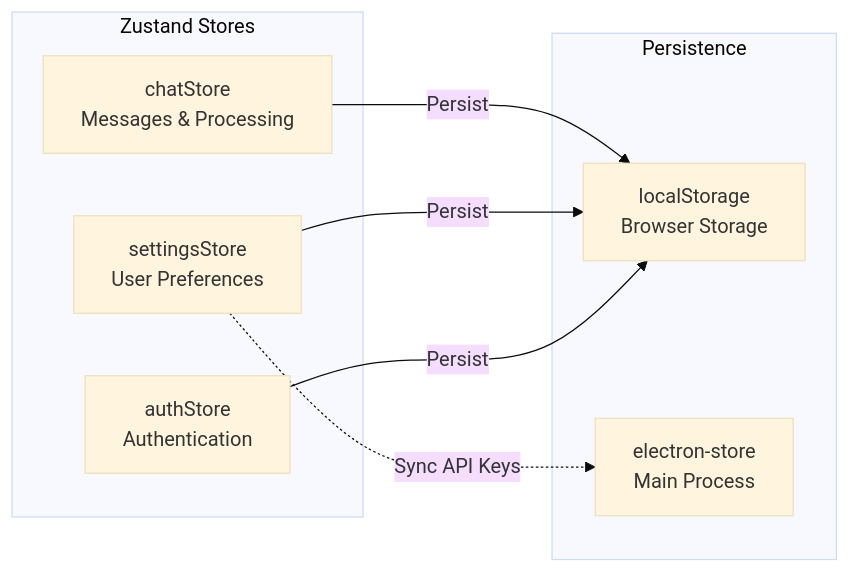
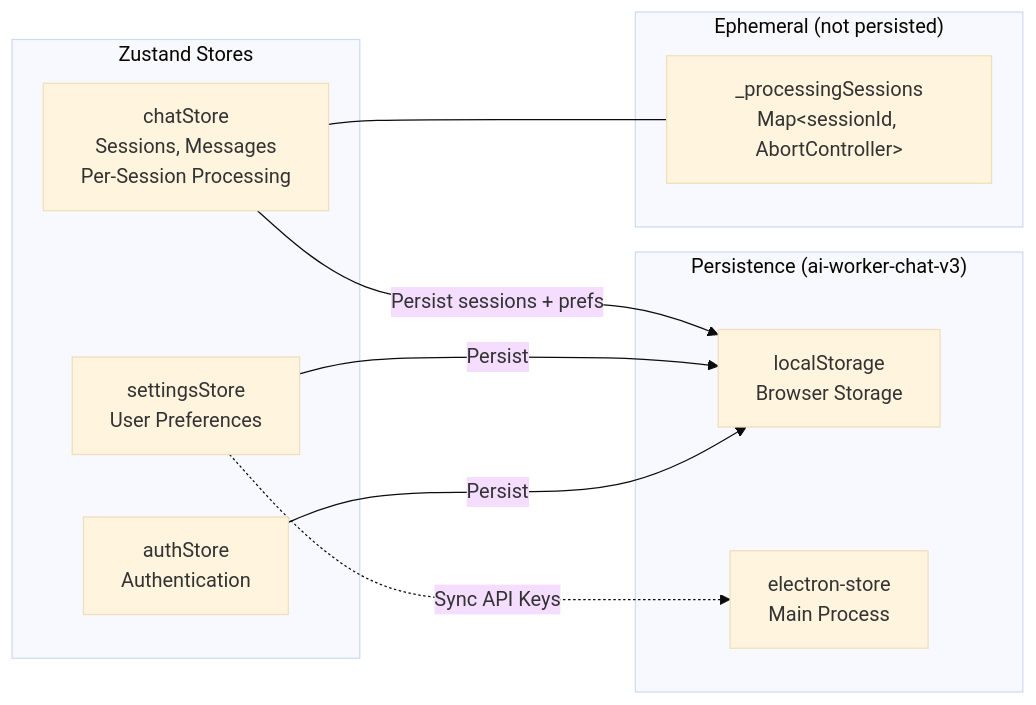
One commit to meharajM/ai-worker.app changed the sixth of 32 diagrams in architecture.md. Above: the diagram before and after it, drawn with Mermaid (base theme). The commit also changed other lines of this file and 5 other files, not shown here.

First line of the commit message:
fix(sessions): per-session processing map — concurrent sessions + abort isolation

````diff
--- a/architecture.md
+++ b/architecture.md
@@ -244,19 +244,24 @@
 ```mermaid
 graph LR
     subgraph "Zustand Stores"
-        ChatStore[chatStore<br/>Messages & Processing]
+        ChatStore["chatStore<br/>Sessions, Messages<br/>Per-Session Processing"]
         SettingsStore[settingsStore<br/>User Preferences]
         AuthStore[authStore<br/>Authentication]
     end
 
-    subgraph "Persistence"
+    subgraph "Persistence (ai-worker-chat-v3)"
         LocalStorage[localStorage<br/>Browser Storage]
         ElectronStore[electron-store<br/>Main Process]
     end
 
-    ChatStore -->|Persist| LocalStorage
+    subgraph "Ephemeral (not persisted)"
+        ProcessingMap["_processingSessions<br/>Map&lt;sessionId, AbortController&gt;"]
+    end
+
+    ChatStore -->|Persist sessions + prefs| LocalStorage
+    ChatStore --- ProcessingMap
     SettingsStore -->|Persist| LocalStorage
     AuthStore -->|Persist| LocalStorage
 
     SettingsStore -.->|Sync API Keys| ElectronStore
 ```
````
